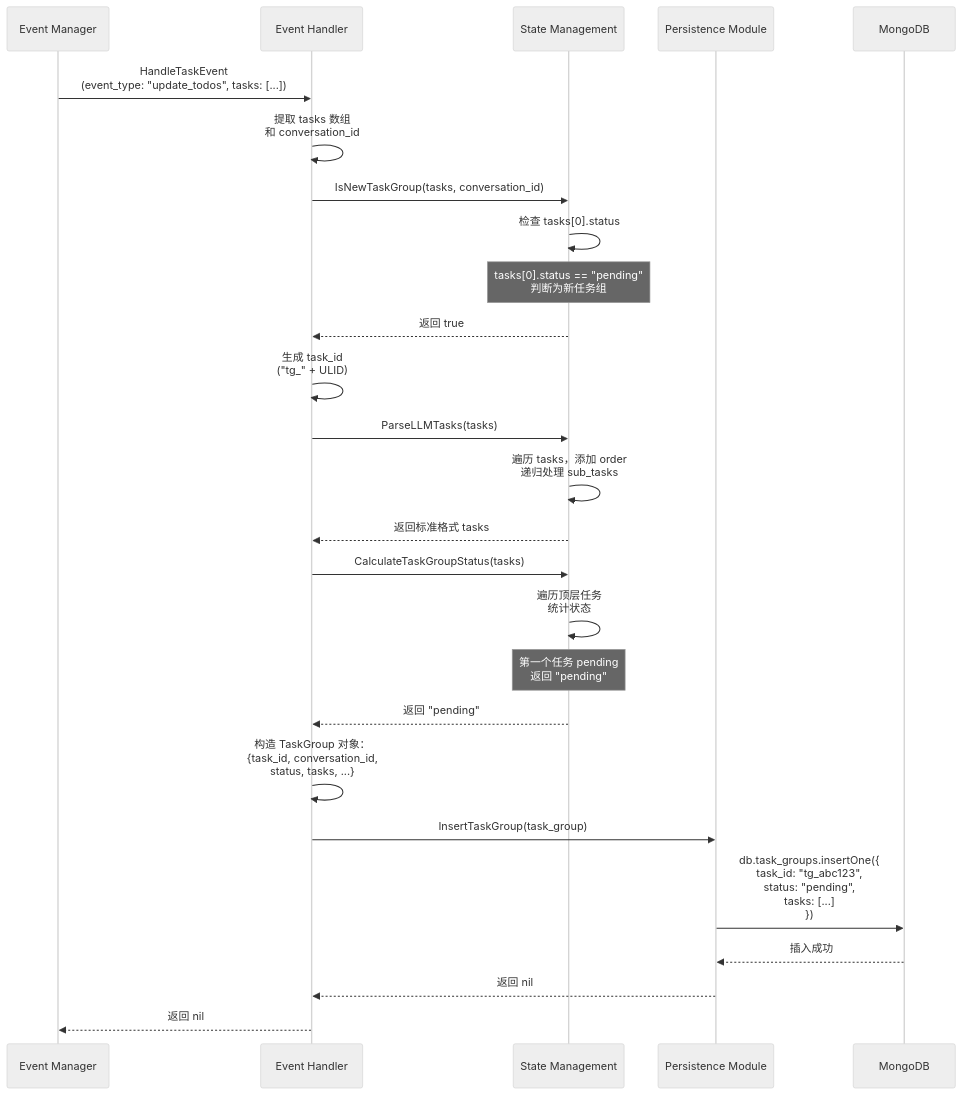
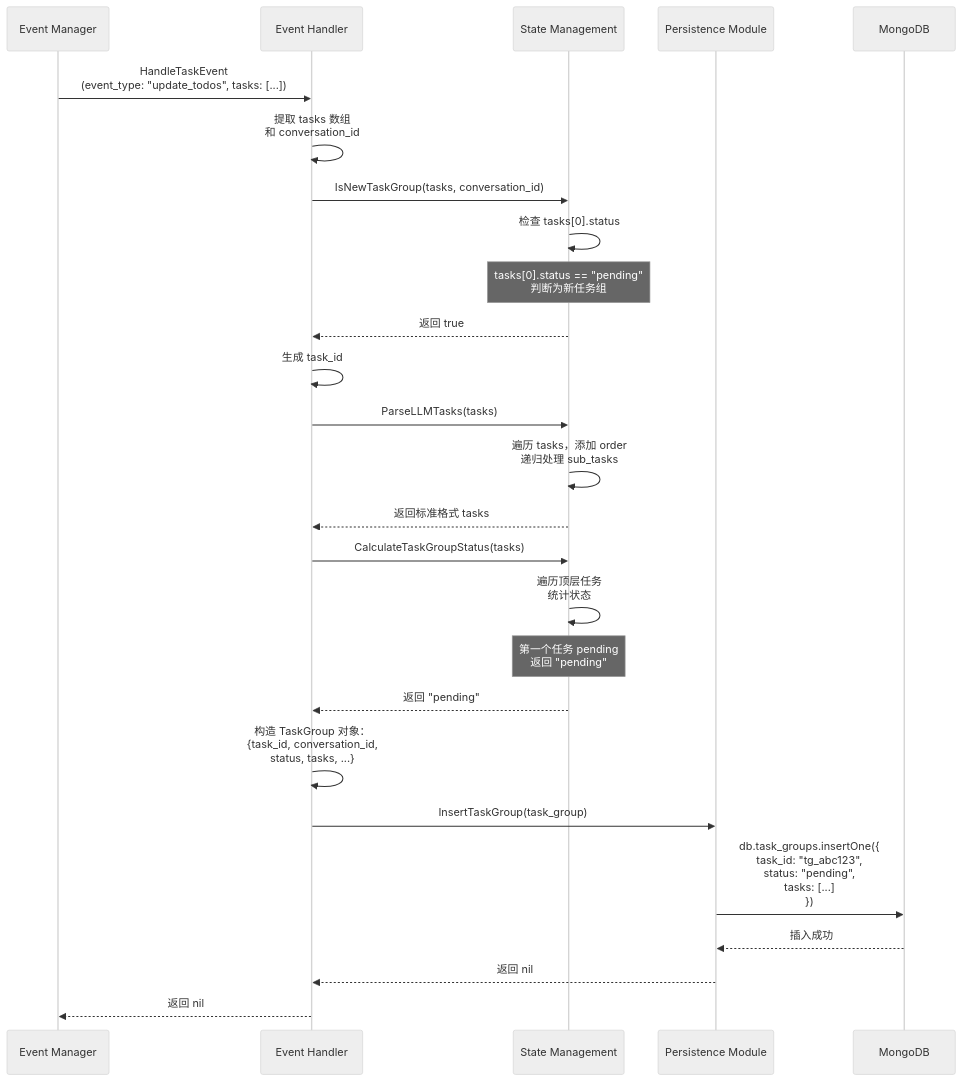
One commit to yingjianzh/iodraw-files changed the diagram in all/未命名-10.md. Above: the diagram before and after it, drawn with Mermaid (neutral theme).

Commit message:
2025-12-25 11:13:08 update

````diff
--- a/all/未命名-10.md
+++ b/all/未命名-10.md
@@ -1,38 +1,38 @@
 ```mermaid
 sequenceDiagram
     participant EM as Event Manager
     participant EH as Event Handler
     participant SM as State Management
     participant Persist as Persistence Module
     participant DB as MongoDB
 
     EM->>EH: HandleTaskEvent<br/>(event_type: "update_todos", tasks: [...])
     
     EH->>EH: 提取 tasks 数组<br/>和 conversation_id
     
     EH->>SM: IsNewTaskGroup(tasks, conversation_id)
     
     SM->>SM: 检查 tasks[0].status
     Note over SM: tasks[0].status == "pending"<br/>判断为新任务组
     SM-->>EH: 返回 true
     
-    EH->>EH: 生成 task_id<br/>("tg_" + ULID)
+    EH->>EH: 生成 task_id
     
     EH->>SM: ParseLLMTasks(tasks)
     SM->>SM: 遍历 tasks，添加 order<br/>递归处理 sub_tasks
     SM-->>EH: 返回标准格式 tasks
     
     EH->>SM: CalculateTaskGroupStatus(tasks)
     SM->>SM: 遍历顶层任务<br/>统计状态
     Note over SM: 第一个任务 pending<br/>返回 "pending"
     SM-->>EH: 返回 "pending"
     
     EH->>EH: 构造 TaskGroup 对象：<br/>{task_id, conversation_id,<br/>status, tasks, ...}
     
     EH->>Persist: InsertTaskGroup(task_group)
     Persist->>DB: db.task_groups.insertOne({<br/>  task_id: "tg_abc123",<br/>  status: "pending",<br/>  tasks: [...]<br/>})
     DB-->>Persist: 插入成功
     
     Persist-->>EH: 返回 nil
     EH-->>EM: 返回 nil
 ```
````
